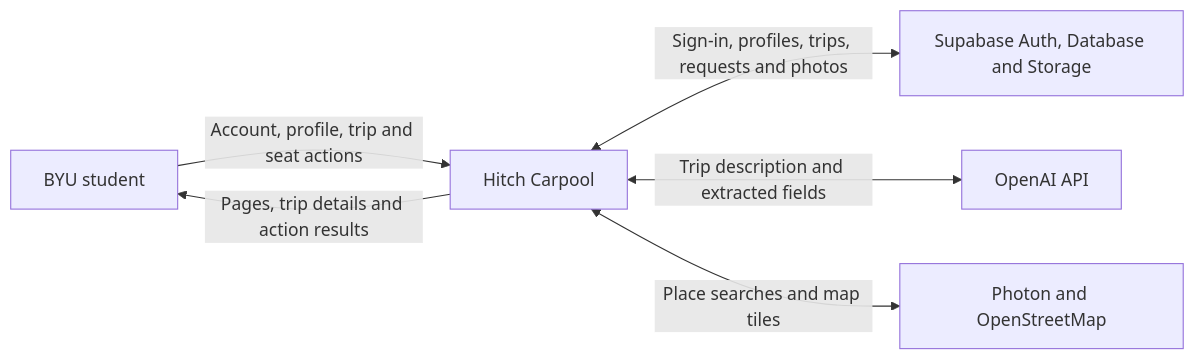
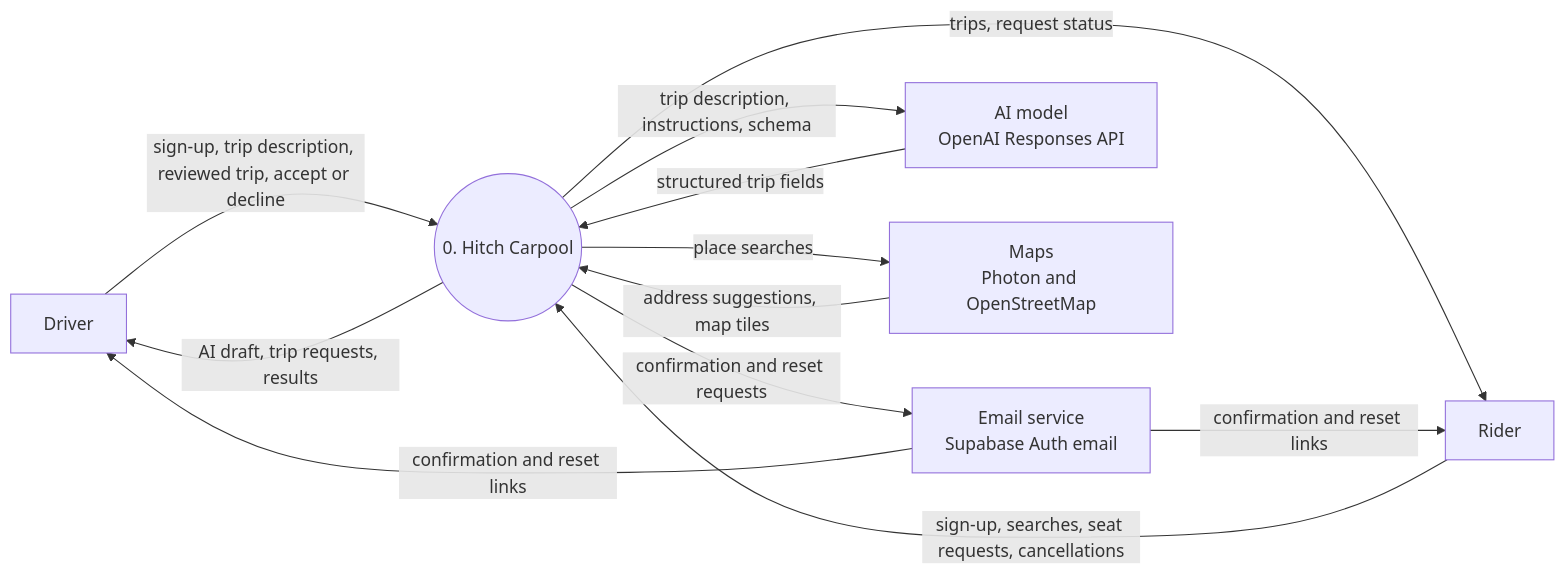
Before and after one commit to 1nate-ball/hitched-carpool: the diagram in README.md, drawn with Mermaid. The commit also changed other lines of this file and 2 other files, not shown here.

First line of the commit message:
Level 1 data flow diagram of the AI workflow in the README

````diff
--- a/README.md
+++ b/README.md
@@ -242,8 +244,21 @@
 ```mermaid
 flowchart LR
-  Student[BYU student] -->|Account, profile, trip and seat actions| Hitch[Hitch Carpool]
-  Hitch -->|Pages, trip details and action results| Student
-  Hitch <-->|Sign-in, profiles, trips, requests and photos| Supabase[Supabase Auth, Database and Storage]
-  Hitch <-->|Trip description and extracted fields| OpenAI[OpenAI API]
-  Hitch <-->|Place searches and map tiles| Maps[Photon and OpenStreetMap]
+  Driver[Driver]
+  Rider[Rider]
+  Email[Email service<br/>Supabase Auth email]
+  AI[AI model<br/>OpenAI Responses API]
+  Maps[Maps<br/>Photon and OpenStreetMap]
+  Hitch((0. Hitch Carpool))
+
+  Driver -- "sign-up, trip description, reviewed trip, accept or decline" --> Hitch
+  Hitch -- "AI draft, trip requests, results" --> Driver
+  Rider -- "sign-up, searches, seat requests, cancellations" --> Hitch
+  Hitch -- "trips, request status" --> Rider
+  Hitch -- "confirmation and reset requests" --> Email
+  Email -- "confirmation and reset links" --> Driver
+  Email -- "confirmation and reset links" --> Rider
+  Hitch -- "trip description, instructions, schema" --> AI
+  AI -- "structured trip fields" --> Hitch
+  Hitch -- "place searches" --> Maps
+  Maps -- "address suggestions, map tiles" --> Hitch
 ```
````
